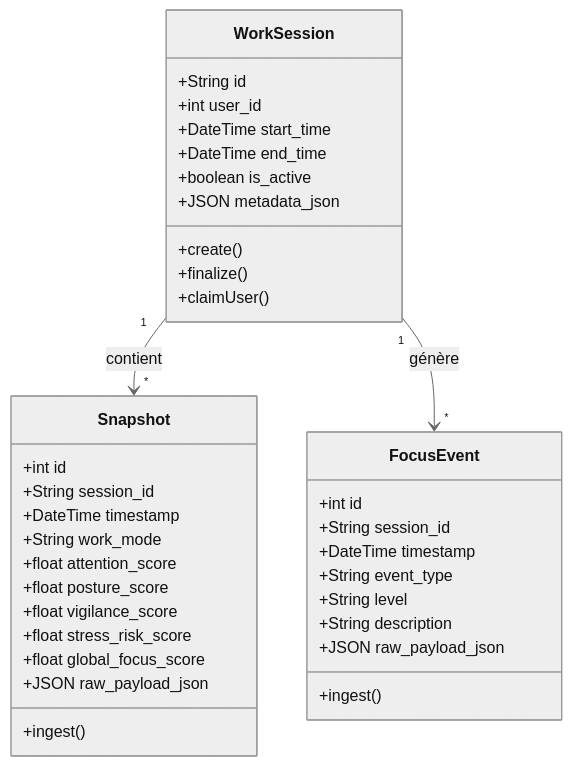
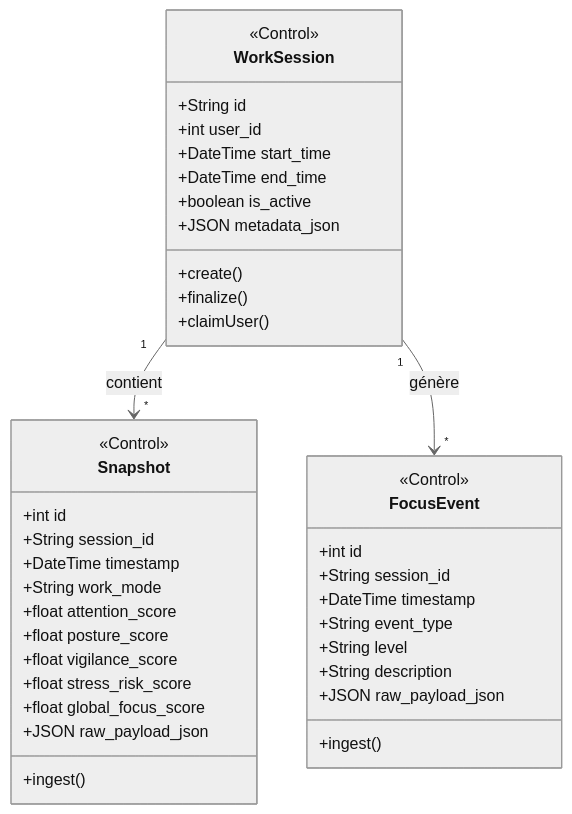
Before and after one commit to Jkacem/smart_focus: the fourth of 7 diagrams in docs/Conception_DiagrammeClasses.md, drawn with Mermaid (neutral theme). The commit also changed other lines of this file and 31 other files, not shown here.

````diff
--- a/docs/Conception_DiagrammeClasses.md
+++ b/docs/Conception_DiagrammeClasses.md
@@ -361,42 +424,45 @@
 ```mermaid
 classDiagram
     class WorkSession {
+        <<Control>>
         +String id
         +int user_id
         +DateTime start_time
         +DateTime end_time
         +boolean is_active
         +JSON metadata_json
         +create()
         +finalize()
         +claimUser()
     }
 
     class Snapshot {
+        <<Control>>
         +int id
         +String session_id
         +DateTime timestamp
         +String work_mode
         +float attention_score
         +float posture_score
         +float vigilance_score
         +float stress_risk_score
         +float global_focus_score
         +JSON raw_payload_json
         +ingest()
     }
 
     class FocusEvent {
+        <<Control>>
         +int id
         +String session_id
         +DateTime timestamp
         +String event_type
         +String level
         +String description
         +JSON raw_payload_json
         +ingest()
     }
 
-    WorkSession "1" --> "*" Snapshot : contient
+    WorkSession "1" --> "*" Snapshot   : contient
     WorkSession "1" --> "*" FocusEvent : génère
 ```
````
